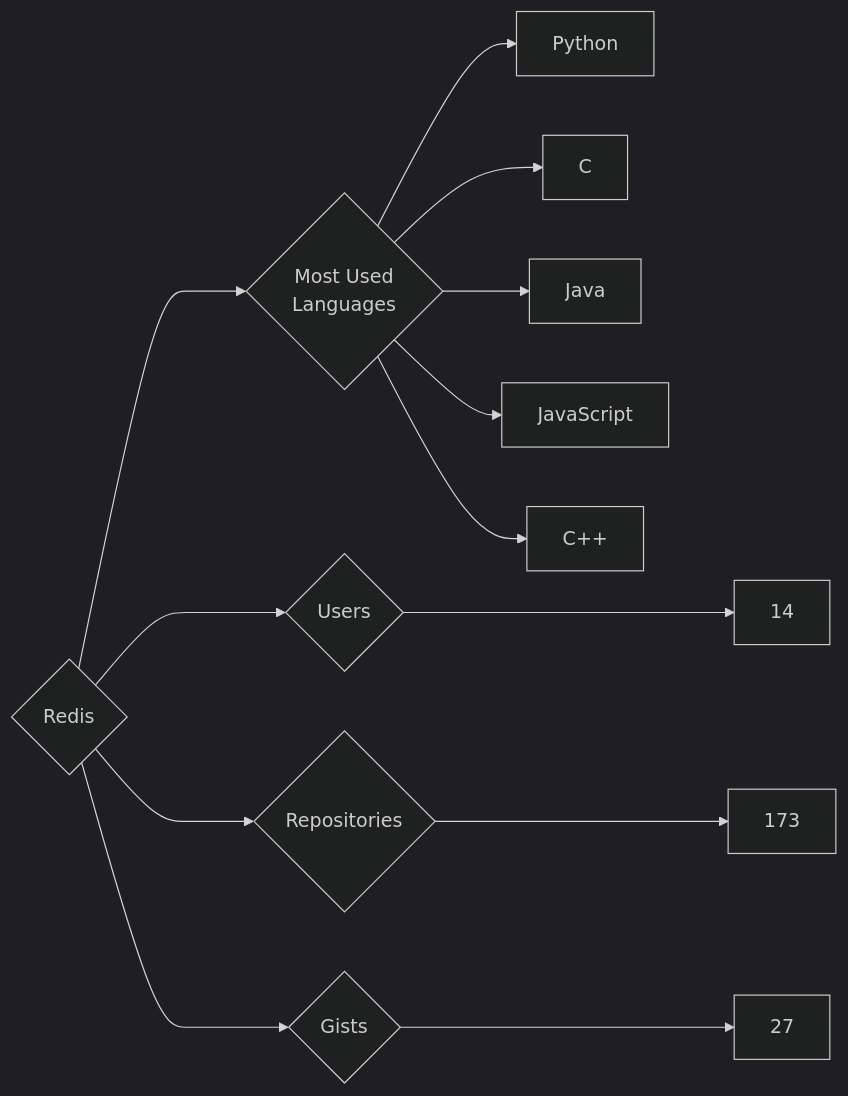
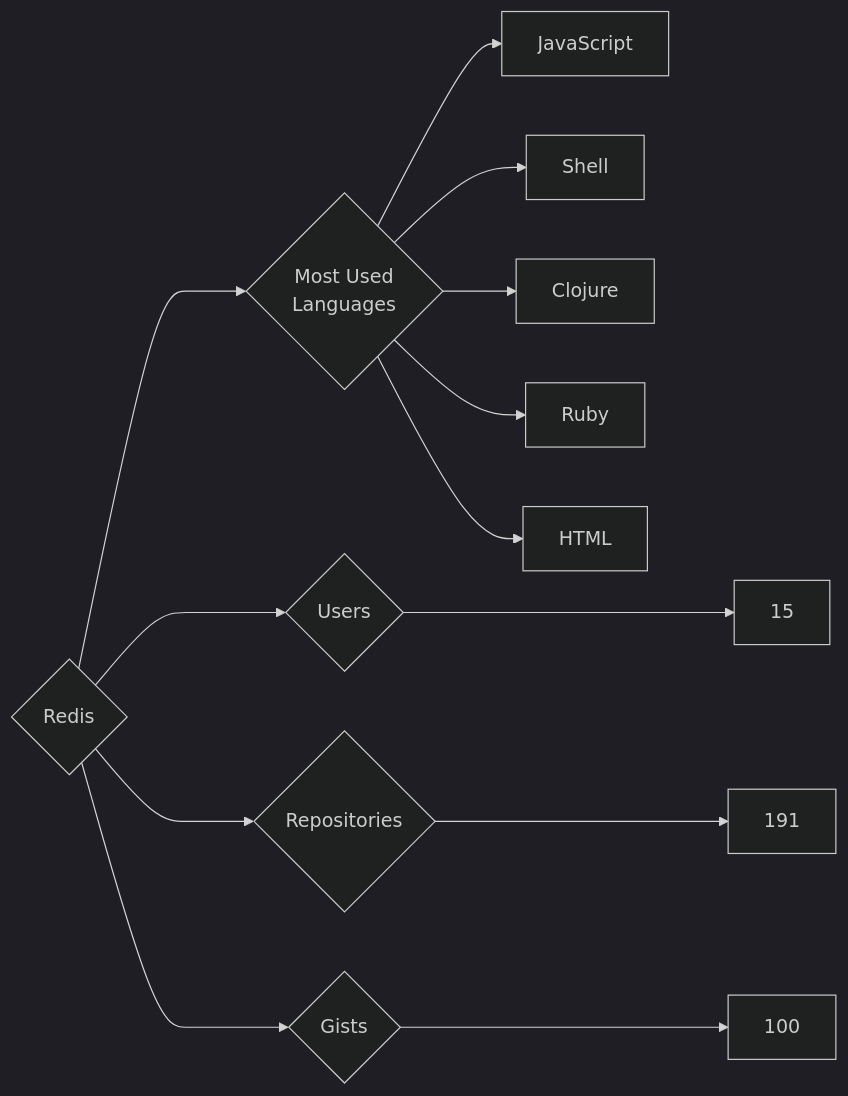
The diagram in targets/Redis/README.md (trickest/insiders), drawn with Mermaid (dark theme) before and after one commit. The commit also changed 969 other files, not shown here.

````diff
--- a/targets/Redis/README.md
+++ b/targets/Redis/README.md
@@ -3,13 +3,13 @@
 ```mermaid
 graph LR
 COMPANY_NAME{Redis}
-COMPANY_NAME ---> U{Users} ---> UN[14]
-COMPANY_NAME ---> R{Repositories} ---> RN[173]
-COMPANY_NAME ---> G{Gists} ---> GN[27]
+COMPANY_NAME ---> U{Users} ---> UN[15]
+COMPANY_NAME ---> R{Repositories} ---> RN[191]
+COMPANY_NAME ---> G{Gists} ---> GN[100]
 COMPANY_NAME ---> ML{Most Used<br>Languages}
-ML --> Python[Python]
-ML --> C[C]
-ML --> Java[Java]
 ML --> JavaScript[JavaScript]
-ML --> C++[C++]
+ML --> Shell[Shell]
+ML --> Clojure[Clojure]
+ML --> Ruby[Ruby]
+ML --> HTML[HTML]
 ```
````
